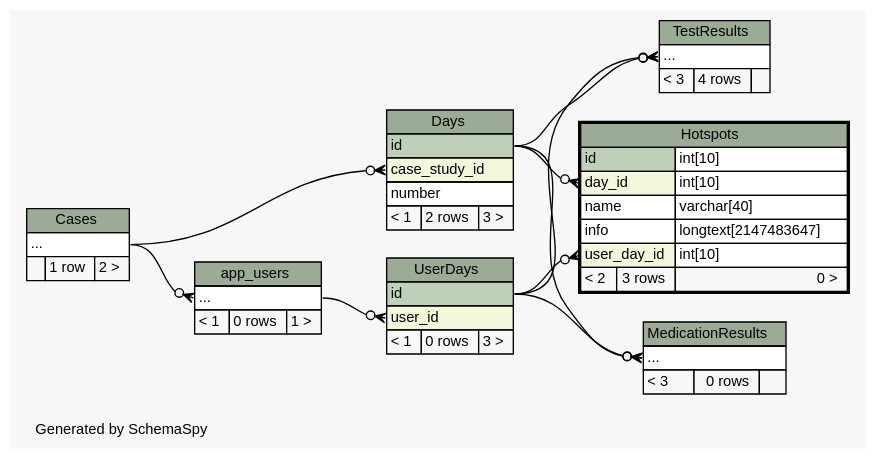
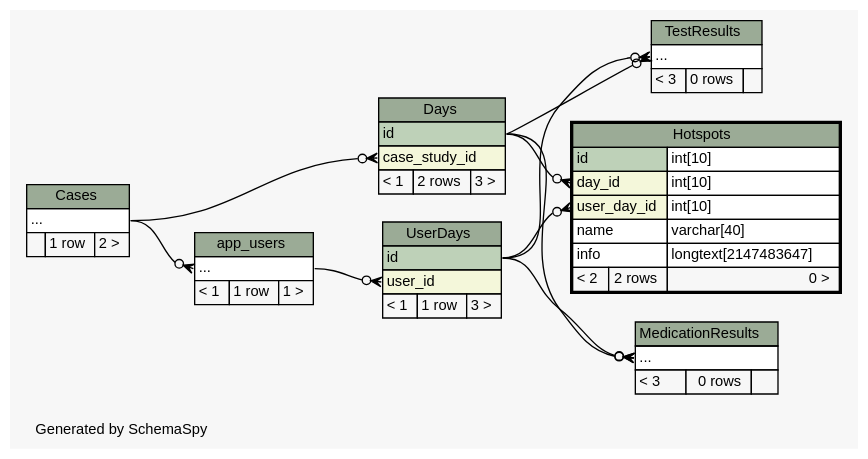
One commit to carrel2/CaseStudies changed the diagram in web/files/schema/diagrams/Hotspots.2degrees.dot. Above: the diagram before and after it, drawn with Graphviz. The commit also changed 75 other files, not shown here.

```diff
--- a/web/files/schema/diagrams/Hotspots.2degrees.dot
+++ b/web/files/schema/diagrams/Hotspots.2degrees.dot
@@ -1,108 +1,107 @@
 // dot 2.38.0 on Linux 4.4.0-64-generic
 // SchemaSpy rev 590
 digraph "twoDegreesRelationshipsDiagram" {
   graph [
     rankdir="RL"
     bgcolor="#f7f7f7"
     label="\nGenerated by SchemaSpy"
     labeljust="l"
     nodesep="0.18"
     ranksep="0.46"
     fontname="Helvetica"
     fontsize="11"
   ];
   node [
     fontname="Helvetica"
     fontsize="11"
     shape="plaintext"
   ];
   edge [
     arrowsize="0.8"
   ];
   "app_users":"elipses":w -> "Cases":"elipses":e [arrowhead=none dir=back arrowtail=crowodot];
   "Days":"case_study_id":w -> "Cases":"elipses":e [arrowhead=none dir=back arrowtail=crowodot];
   "Hotspots":"day_id":w -> "Days":"id":e [arrowhead=none dir=back arrowtail=crowodot];
   "Hotspots":"user_day_id":w -> "UserDays":"id":e [arrowhead=none dir=back arrowtail=crowodot];
   "MedicationResults":"elipses":w -> "Days":"id":e [arrowhead=none dir=back arrowtail=crowodot];
   "MedicationResults":"elipses":w -> "UserDays":"id":e [arrowhead=none dir=back arrowtail=crowodot];
   "TestResults":"elipses":w -> "Days":"id":e [arrowhead=none dir=back arrowtail=crowodot];
   "TestResults":"elipses":w -> "UserDays":"id":e [arrowhead=none dir=back arrowtail=crowodot];
   "UserDays":"user_id":w -> "app_users":"elipses":e [arrowhead=none dir=back arrowtail=crowodot];
   "app_users" [
     label=<
     <TABLE BORDER="0" CELLBORDER="1" CELLSPACING="0" BGCOLOR="#ffffff">
       <TR><TD COLSPAN="3" BGCOLOR="#9bab96" ALIGN="CENTER">app_users</TD></TR>
       <TR><TD PORT="elipses" COLSPAN="3" ALIGN="LEFT">...</TD></TR>
-      <TR><TD ALIGN="LEFT" BGCOLOR="#f7f7f7">&lt; 1</TD><TD ALIGN="RIGHT" BGCOLOR="#f7f7f7">0 rows</TD><TD ALIGN="RIGHT" BGCOLOR="#f7f7f7">1 &gt;</TD></TR>
+      <TR><TD ALIGN="LEFT" BGCOLOR="#f7f7f7">&lt; 1</TD><TD ALIGN="RIGHT" BGCOLOR="#f7f7f7">1 row</TD><TD ALIGN="RIGHT" BGCOLOR="#f7f7f7">1 &gt;</TD></TR>
     </TABLE>>
     URL="app_users.html"
     tooltip="app_users"
   ];
   "Cases" [
     label=<
     <TABLE BORDER="0" CELLBORDER="1" CELLSPACING="0" BGCOLOR="#ffffff">
       <TR><TD COLSPAN="3" BGCOLOR="#9bab96" ALIGN="CENTER">Cases</TD></TR>
       <TR><TD PORT="elipses" COLSPAN="3" ALIGN="LEFT">...</TD></TR>
       <TR><TD ALIGN="LEFT" BGCOLOR="#f7f7f7">  </TD><TD ALIGN="RIGHT" BGCOLOR="#f7f7f7">1 row</TD><TD ALIGN="RIGHT" BGCOLOR="#f7f7f7">2 &gt;</TD></TR>
     </TABLE>>
     URL="Cases.html"
     tooltip="Cases"
   ];
   "Days" [
     label=<
     <TABLE BORDER="0" CELLBORDER="1" CELLSPACING="0" BGCOLOR="#ffffff">
       <TR><TD COLSPAN="3" BGCOLOR="#9bab96" ALIGN="CENTER">Days</TD></TR>
       <TR><TD PORT="id" COLSPAN="3" BGCOLOR="#bed1b8" ALIGN="LEFT">id</TD></TR>
       <TR><TD PORT="case_study_id" COLSPAN="3" BGCOLOR="#f4f7da" ALIGN="LEFT">case_study_id</TD></TR>
-      <TR><TD PORT="number" COLSPAN="3" ALIGN="LEFT">number</TD></TR>
       <TR><TD ALIGN="LEFT" BGCOLOR="#f7f7f7">&lt; 1</TD><TD ALIGN="RIGHT" BGCOLOR="#f7f7f7">2 rows</TD><TD ALIGN="RIGHT" BGCOLOR="#f7f7f7">3 &gt;</TD></TR>
     </TABLE>>
     URL="Days.html"
     tooltip="Days"
   ];
   "Hotspots" [
     label=<
     <TABLE BORDER="2" CELLBORDER="1" CELLSPACING="0" BGCOLOR="#ffffff">
       <TR><TD COLSPAN="3" BGCOLOR="#9bab96" ALIGN="CENTER">Hotspots</TD></TR>
       <TR><TD PORT="id" COLSPAN="2" BGCOLOR="#bed1b8" ALIGN="LEFT">id</TD><TD PORT="id.type" ALIGN="LEFT">int[10]</TD></TR>
       <TR><TD PORT="day_id" COLSPAN="2" BGCOLOR="#f4f7da" ALIGN="LEFT">day_id</TD><TD PORT="day_id.type" ALIGN="LEFT">int[10]</TD></TR>
+      <TR><TD PORT="user_day_id" COLSPAN="2" BGCOLOR="#f4f7da" ALIGN="LEFT">user_day_id</TD><TD PORT="user_day_id.type" ALIGN="LEFT">int[10]</TD></TR>
       <TR><TD PORT="name" COLSPAN="2" ALIGN="LEFT">name</TD><TD PORT="name.type" ALIGN="LEFT">varchar[40]</TD></TR>
       <TR><TD PORT="info" COLSPAN="2" ALIGN="LEFT">info</TD><TD PORT="info.type" ALIGN="LEFT">longtext[2147483647]</TD></TR>
-      <TR><TD PORT="user_day_id" COLSPAN="2" BGCOLOR="#f4f7da" ALIGN="LEFT">user_day_id</TD><TD PORT="user_day_id.type" ALIGN="LEFT">int[10]</TD></TR>
-      <TR><TD ALIGN="LEFT" BGCOLOR="#f7f7f7">&lt; 2</TD><TD ALIGN="RIGHT" BGCOLOR="#f7f7f7">3 rows</TD><TD ALIGN="RIGHT" BGCOLOR="#f7f7f7">0 &gt;</TD></TR>
+      <TR><TD ALIGN="LEFT" BGCOLOR="#f7f7f7">&lt; 2</TD><TD ALIGN="RIGHT" BGCOLOR="#f7f7f7">2 rows</TD><TD ALIGN="RIGHT" BGCOLOR="#f7f7f7">0 &gt;</TD></TR>
     </TABLE>>
     URL="Hotspots.html"
     tooltip="Hotspots"
   ];
   "MedicationResults" [
     label=<
     <TABLE BORDER="0" CELLBORDER="1" CELLSPACING="0" BGCOLOR="#ffffff">
       <TR><TD COLSPAN="3" BGCOLOR="#9bab96" ALIGN="CENTER">MedicationResults</TD></TR>
       <TR><TD PORT="elipses" COLSPAN="3" ALIGN="LEFT">...</TD></TR>
       <TR><TD ALIGN="LEFT" BGCOLOR="#f7f7f7">&lt; 3</TD><TD ALIGN="RIGHT" BGCOLOR="#f7f7f7">0 rows</TD><TD ALIGN="RIGHT" BGCOLOR="#f7f7f7">  </TD></TR>
     </TABLE>>
     URL="MedicationResults.html"
     tooltip="MedicationResults"
   ];
   "TestResults" [
     label=<
     <TABLE BORDER="0" CELLBORDER="1" CELLSPACING="0" BGCOLOR="#ffffff">
       <TR><TD COLSPAN="3" BGCOLOR="#9bab96" ALIGN="CENTER">TestResults</TD></TR>
       <TR><TD PORT="elipses" COLSPAN="3" ALIGN="LEFT">...</TD></TR>
-      <TR><TD ALIGN="LEFT" BGCOLOR="#f7f7f7">&lt; 3</TD><TD ALIGN="RIGHT" BGCOLOR="#f7f7f7">4 rows</TD><TD ALIGN="RIGHT" BGCOLOR="#f7f7f7">  </TD></TR>
+      <TR><TD ALIGN="LEFT" BGCOLOR="#f7f7f7">&lt; 3</TD><TD ALIGN="RIGHT" BGCOLOR="#f7f7f7">0 rows</TD><TD ALIGN="RIGHT" BGCOLOR="#f7f7f7">  </TD></TR>
     </TABLE>>
     URL="TestResults.html"
     tooltip="TestResults"
   ];
   "UserDays" [
     label=<
     <TABLE BORDER="0" CELLBORDER="1" CELLSPACING="0" BGCOLOR="#ffffff">
       <TR><TD COLSPAN="3" BGCOLOR="#9bab96" ALIGN="CENTER">UserDays</TD></TR>
       <TR><TD PORT="id" COLSPAN="3" BGCOLOR="#bed1b8" ALIGN="LEFT">id</TD></TR>
       <TR><TD PORT="user_id" COLSPAN="3" BGCOLOR="#f4f7da" ALIGN="LEFT">user_id</TD></TR>
-      <TR><TD ALIGN="LEFT" BGCOLOR="#f7f7f7">&lt; 1</TD><TD ALIGN="RIGHT" BGCOLOR="#f7f7f7">0 rows</TD><TD ALIGN="RIGHT" BGCOLOR="#f7f7f7">3 &gt;</TD></TR>
+      <TR><TD ALIGN="LEFT" BGCOLOR="#f7f7f7">&lt; 1</TD><TD ALIGN="RIGHT" BGCOLOR="#f7f7f7">1 row</TD><TD ALIGN="RIGHT" BGCOLOR="#f7f7f7">3 &gt;</TD></TR>
     </TABLE>>
     URL="UserDays.html"
     tooltip="UserDays"
   ];
 }
```
